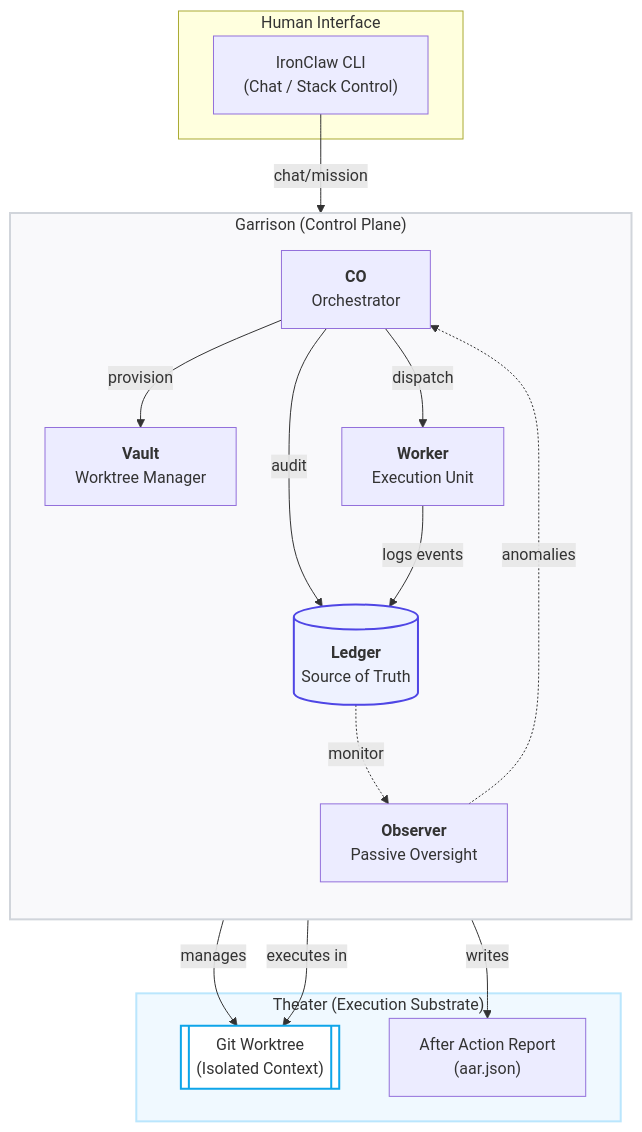
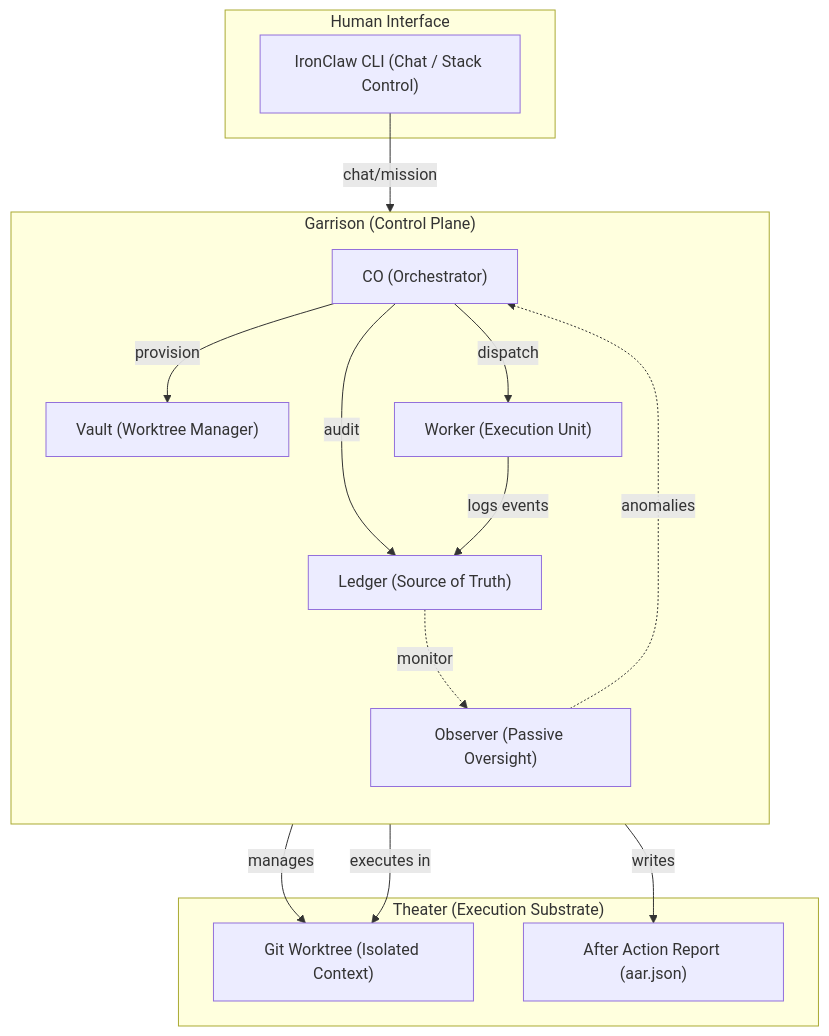
The first of 2 diagrams in docs/index.md (TLoveOps1/ironclaw), drawn with Mermaid before and after one commit. The commit also changed other lines of this file, not shown here.

Commit message:
docs: make mermaid diagrams render on GitHub Pages

````diff
--- a/docs/index.md
+++ b/docs/index.md
@@ -21,39 +28,33 @@
-```mermaid
+<div class="mermaid">
 flowchart TB
     subgraph Client ["Human Interface"]
-        CLI["IronClaw CLI<br/>(Chat / Stack Control)"]
+        CLI["IronClaw CLI (Chat / Stack Control)"]
     end
 
     subgraph Garrison ["Garrison (Control Plane)"]
         direction TB
-        CO["<b>CO</b><br/>Orchestrator"]
-        L[("<b>Ledger</b><br/>Source of Truth")]
-        V["<b>Vault</b><br/>Worktree Manager"]
-        W["<b>Worker</b><br/>Execution Unit"]
-        O["<b>Observer</b><br/>Passive Oversight"]
+        CO["CO (Orchestrator)"]
+        L["Ledger (Source of Truth)"]
+        V["Vault (Worktree Manager)"]
+        W["Worker (Execution Unit)"]
+        O["Observer (Passive Oversight)"]
     end
 
     subgraph Theater ["Theater (Execution Substrate)"]
-        WT[["Git Worktree<br/>(Isolated Context)"]]
-        AAR["After Action Report<br/>(aar.json)"]
+        WT["Git Worktree (Isolated Context)"]
+        AAR["After Action Report (aar.json)"]
     end
 
     CLI -- "chat/mission" --> CO
     CO -- "audit" --> L
     CO -- "provision" --> V
     CO -- "dispatch" --> W
 
     V -- "manages" --> WT
     W -- "executes in" --> WT
     W -- "writes" --> AAR
     W -- "logs events" --> L
 
     L -. "monitor" .-> O
     O -. "anomalies" .-> CO
-
-    %% Styling
-    style Garrison fill:#f9f9fb,stroke:#d1d5db,stroke-width:2px
-    style Theater fill:#f0f9ff,stroke:#bae6fd,stroke-width:2px
-    style L fill:#eef2ff,stroke:#4f46e5,stroke-width:2px
-    style WT fill:#fff,stroke:#0ea5e9,stroke-width:2px
-```
+</div>
````
